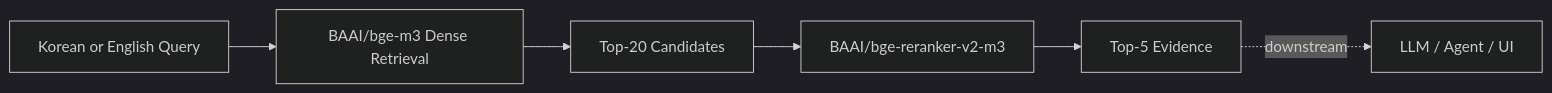
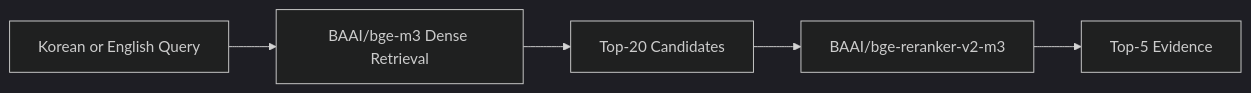
One commit to BKim614/KUBIG_FINANCE_AGENT changed the diagram in README.md. Above: the diagram before and after it, drawn with Mermaid (dark theme). The commit also changed other lines of this file and 2 other files, not shown here.

````diff
--- a/README.md
+++ b/README.md
@@ -68,8 +32,7 @@
 ```mermaid
 flowchart LR
     Q["Korean or English Query"] --> D["BAAI/bge-m3 Dense Retrieval"]
     D --> C["Top-20 Candidates"]
     C --> R["BAAI/bge-reranker-v2-m3"]
     R --> E["Top-5 Evidence"]
-    E -. downstream .-> A["LLM / Agent / UI"]
 ```
````
